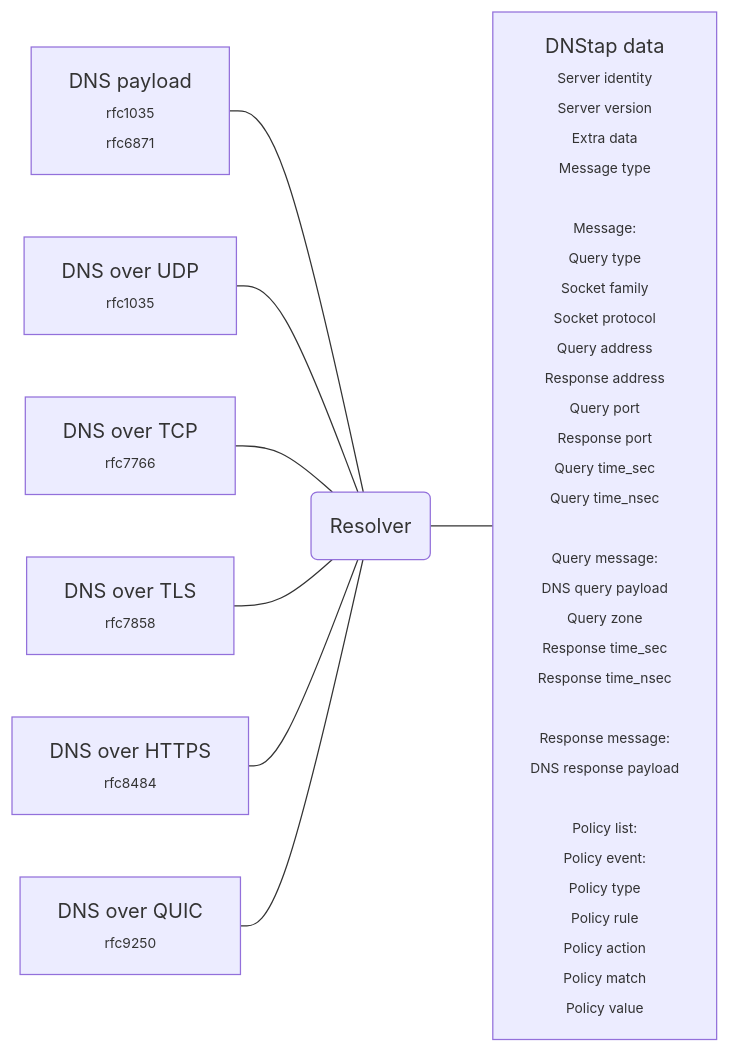
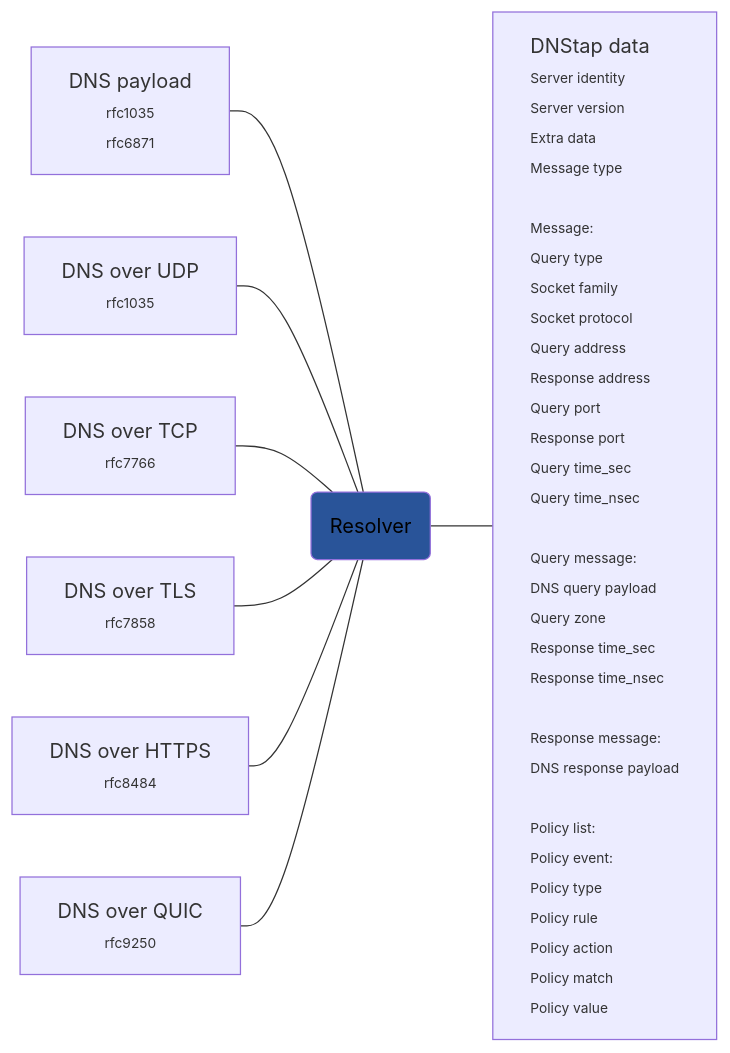
The diagram in dnsdataflow.md (dnstapir/datasets), drawn with Mermaid before and after one commit.

````diff
--- a/dnsdataflow.md
+++ b/dnsdataflow.md
@@ -1,65 +1,68 @@
 ```mermaid
 
 %%{
   init: {
   "theme": "dark",
   "themeVariables": {
     "fontFamily": "monospace"
   }
 }%%
 
 flowchart LR
     A[DNS payload 
-    <span style="font-size:11px;">rfc1035
+    <span style="font-size:11px;text-align:left;">rfc1035
     rfc6871</span>
 ] --- R(Resolver)
     B[DNS over UDP
     <span style="font-size:11px;">rfc1035
     </span>] --- R
     C[DNS over TCP
     <span style="font-size:11px;">rfc7766
     </span>] --- R
     D[DNS over TLS
     <span style="font-size:11px;">rfc7858
     </span>] --- R
     E[DNS over HTTPS
     <span style="font-size:11px;">rfc8484
     </span>] --- R
     F[DNS over QUIC
     <span style="font-size:11px;">rfc9250
     </span>] --- R
   R --- T[DNStap data 
     <span style="font-size:11px;">Server identity
     Server version
     Extra data
     Message type
 
     Message:
       Query type
       Socket family
       Socket protocol
       Query address
       Response address
       Query port
       Response port
       Query time_sec
       Query time_nsec
 
 Query message:
 DNS query payload
 Query zone
 Response time_sec
 Response time_nsec
 
 Response message:
 DNS response payload
 
 Policy list:
 Policy event:
 Policy type
 Policy rule
 Policy action
 Policy match
 Policy value
 </span>]
+
+style R fill:#295499,color:#000
+style T text-align:left
 ```
````
